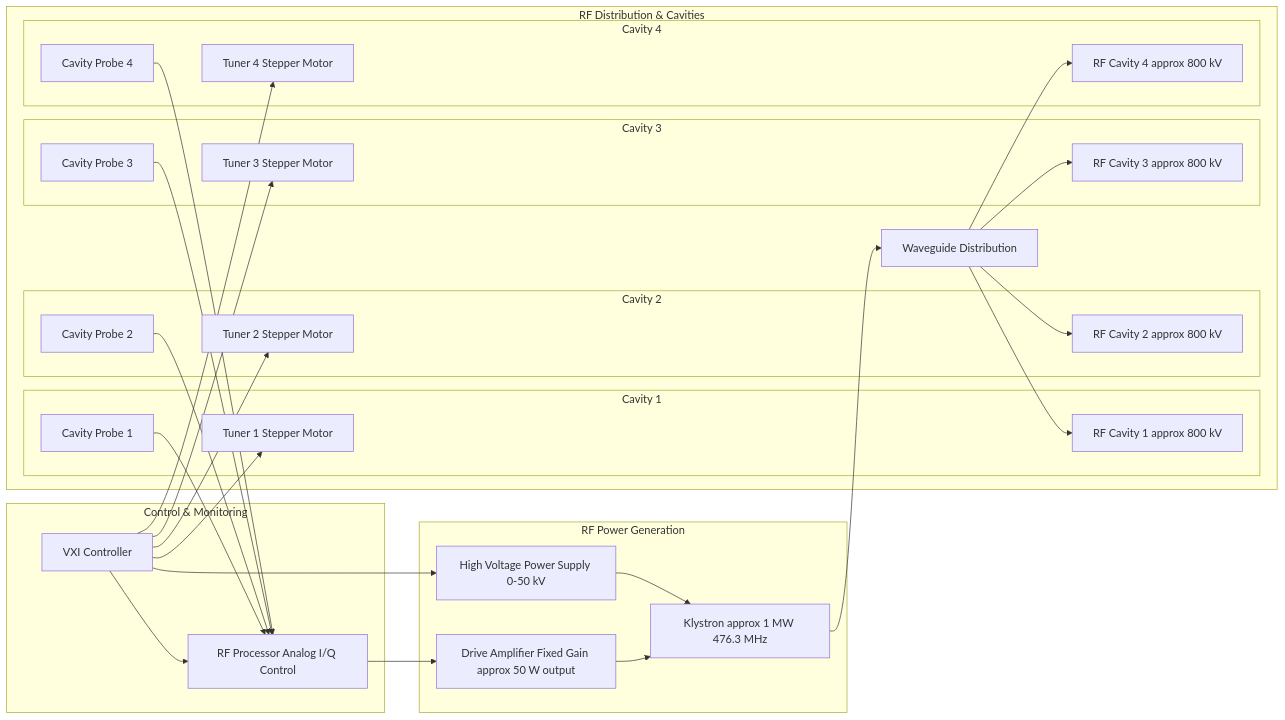
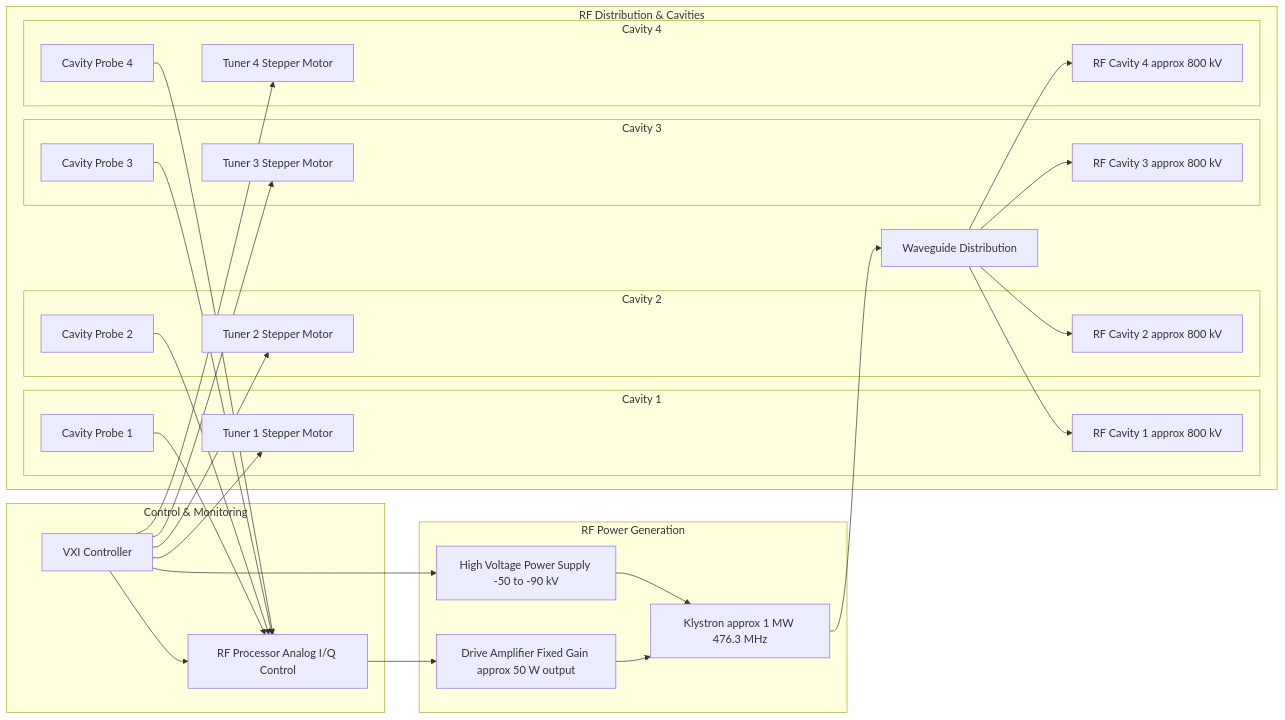
Before and after one commit to fayaw/spearlegacyLLRF: the second of 18 diagrams in SPEAR3_LLRF_COMPREHENSIVE_ANALYSIS.md, drawn with Mermaid. The commit also changed other lines of this file, not shown here.

````diff
--- a/SPEAR3_LLRF_COMPREHENSIVE_ANALYSIS.md
+++ b/SPEAR3_LLRF_COMPREHENSIVE_ANALYSIS.md
@@ -74,63 +74,63 @@
 ```mermaid
 graph LR
  subgraph "RF Power Generation"
- HVPS[High Voltage Power Supply 0-50 kV]
+ HVPS[High Voltage Power Supply -50 to -90 kV]
  Drive[Drive Amplifier Fixed Gain approx 50 W output]
  Klystron[Klystron approx 1 MW 476.3 MHz]
  end
  
  subgraph "RF Distribution & Cavities"
  WG[Waveguide Distribution]
  
  subgraph "Cavity 1"
  C1[RF Cavity 1 approx 800 kV]
  T1[Tuner 1 Stepper Motor]
  P1[Cavity Probe 1]
  end
  
  subgraph "Cavity 2"
  C2[RF Cavity 2 approx 800 kV]
  T2[Tuner 2 Stepper Motor]
  P2[Cavity Probe 2]
  end
  
  subgraph "Cavity 3"
  C3[RF Cavity 3 approx 800 kV]
  T3[Tuner 3 Stepper Motor]
  P3[Cavity Probe 3]
  end
  
  subgraph "Cavity 4"
  C4[RF Cavity 4 approx 800 kV]
  T4[Tuner 4 Stepper Motor]
  P4[Cavity Probe 4]
  end
  end
  
  subgraph "Control & Monitoring"
  RFP[RF Processor Analog I/Q Control]
  VXI[VXI Controller]
  end
  
  HVPS --> Klystron
  Drive --> Klystron
  RFP --> Drive
  Klystron --> WG
  
  WG --> C1
  WG --> C2
  WG --> C3
  WG --> C4
  
  P1 --> RFP
  P2 --> RFP
  P3 --> RFP
  P4 --> RFP
  
  VXI --> HVPS
  VXI --> RFP
  VXI --> T1
  VXI --> T2
  VXI --> T3
  VXI --> T4
 ```
````
